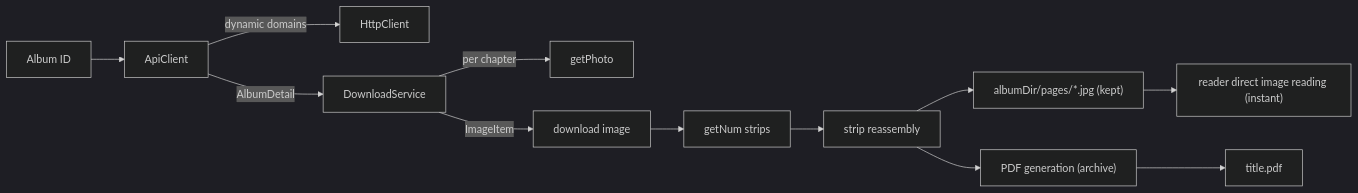
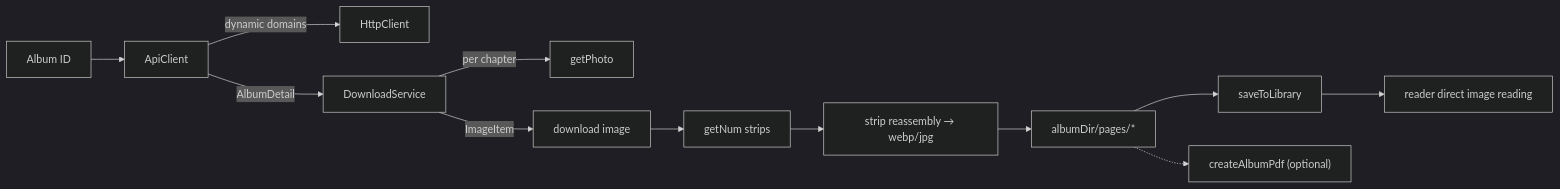
The second of 2 diagrams in docs/en/architecture/overview.md (aDarkMaker/JMFM), drawn with Mermaid (dark theme) before and after one commit. The commit also changed other lines of this file and 11 other files, not shown here.

Commit message:
docs: sync pages-only download repair and cover preload flows

````diff
--- a/docs/en/architecture/overview.md
+++ b/docs/en/architecture/overview.md
@@ -76,14 +76,14 @@
 ```mermaid
 flowchart LR
     id["Album ID"] --> api2["ApiClient"]
     api2 -->|"dynamic domains"| http["HttpClient"]
     api2 -->|"AlbumDetail"| svc["DownloadService"]
     svc -->|"per chapter"| ph["getPhoto"]
     svc -->|"ImageItem"| img["download image"]
     img --> num["getNum strips"]
-    num --> dec["strip reassembly"]
-    dec --> pages["albumDir/pages/*.jpg (kept)"]
-    pages --> read["reader direct image reading (instant)"]
-    dec --> pdf2["PDF generation (archive)"]
-    pdf2 --> file["title.pdf"]
+    num --> dec["strip reassembly → webp/jpg"]
+    dec --> pages["albumDir/pages/*"]
+    pages --> lib["saveToLibrary"]
+    lib --> read["reader direct image reading"]
+    pages -.-> pdf2["createAlbumPdf (optional)"]
 ```
````
